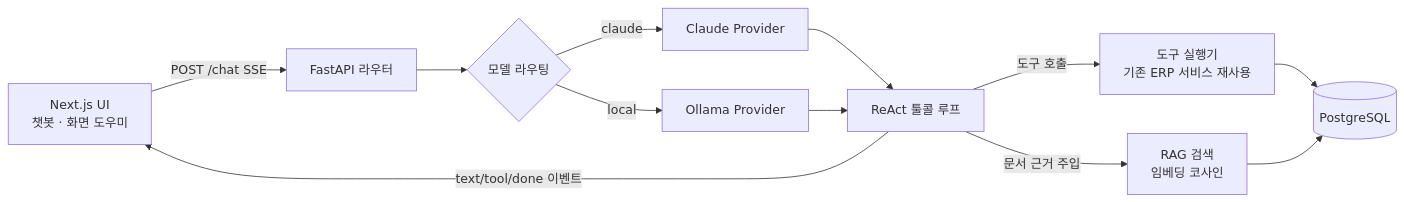
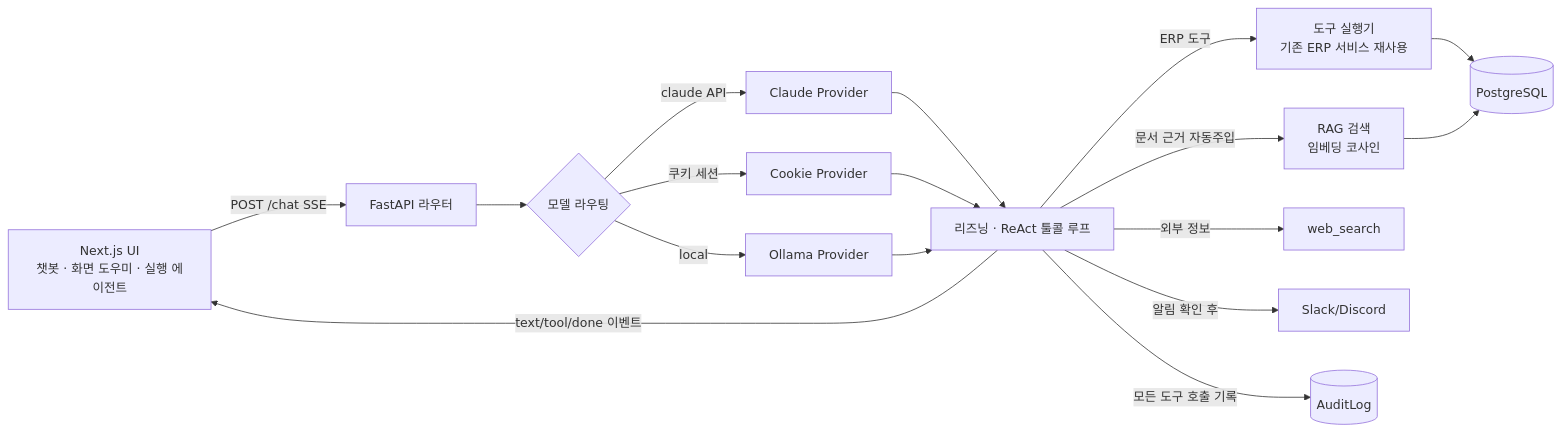
One commit to Leeseunghwan7305/seunghwan-erp changed the diagram in docs/portfolio.md. Above: the diagram before and after it, drawn with Mermaid. The commit also changed other lines of this file and 5 other files, not shown here.

````diff
--- a/docs/portfolio.md
+++ b/docs/portfolio.md
@@ -27,13 +33,17 @@
 ```mermaid
 flowchart LR
-    U[Next.js UI<br/>챗봇 · 화면 도우미] -->|POST /chat SSE| R[FastAPI 라우터]
+    U[Next.js UI<br/>챗봇 · 화면 도우미 · 실행 에이전트] -->|POST /chat SSE| R[FastAPI 라우터]
     R --> RT{모델 라우팅}
-    RT -->|claude| C[Claude Provider]
+    RT -->|claude API| C[Claude Provider]
+    RT -->|쿠키 세션| K[Cookie Provider]
     RT -->|local| O[Ollama Provider]
-    C & O --> LOOP[ReAct 툴콜 루프]
-    LOOP -->|도구 호출| T[도구 실행기<br/>기존 ERP 서비스 재사용]
-    LOOP -->|문서 근거 주입| RAG[RAG 검색<br/>임베딩 코사인]
+    C & K & O --> LOOP[리즈닝 · ReAct 툴콜 루프]
+    LOOP -->|ERP 도구| T[도구 실행기<br/>기존 ERP 서비스 재사용]
+    LOOP -->|문서 근거 자동주입| RAG[RAG 검색<br/>임베딩 코사인]
+    LOOP -->|외부 정보| W[web_search]
+    LOOP -->|알림 확인 후| S[Slack/Discord]
     T --> DB[(PostgreSQL)]
     RAG --> DB
+    LOOP -->|모든 도구 호출 기록| AUD[(AuditLog)]
     LOOP -->|text/tool/done 이벤트| U
 ```
````
